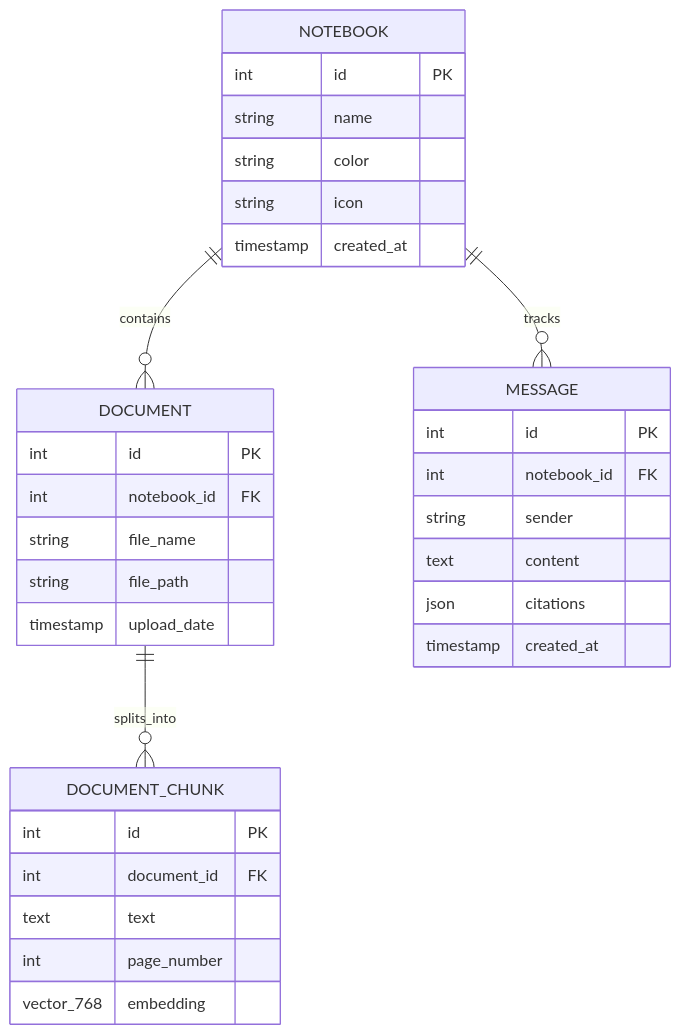
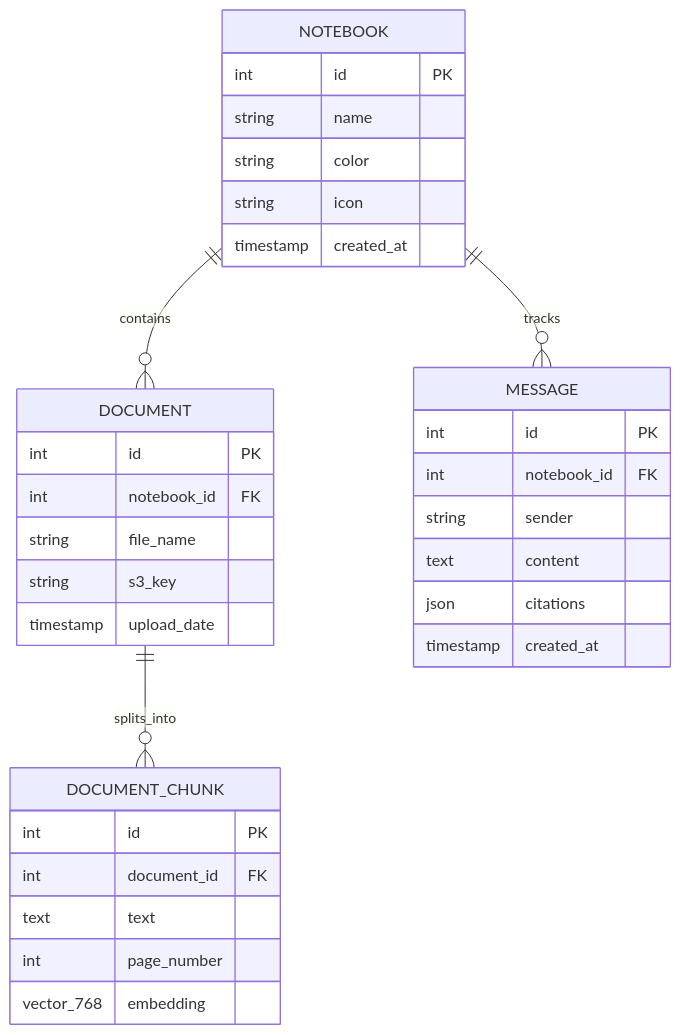
Before and after one commit to reganvannguyen/SourceLearn: the second of 2 diagrams in docs/architecture.md, drawn with Mermaid. The commit also changed other lines of this file and 16 other files, not shown here.

````diff
--- a/docs/architecture.md
+++ b/docs/architecture.md
@@ -69,39 +69,39 @@
 ```mermaid
 erDiagram
     NOTEBOOK ||--o{ DOCUMENT : contains
     NOTEBOOK ||--o{ MESSAGE : tracks
     DOCUMENT ||--o{ DOCUMENT_CHUNK : splits_into
 
     NOTEBOOK {
         int id PK
         string name
         string color
         string icon
         timestamp created_at
     }
 
     DOCUMENT {
         int id PK
         int notebook_id FK
         string file_name
-        string file_path
+        string s3_key
         timestamp upload_date
     }
 
     DOCUMENT_CHUNK {
         int id PK
         int document_id FK
         text text
         int page_number
         vector_768 embedding
     }
 
     MESSAGE {
         int id PK
         int notebook_id FK
         string sender
         text content
         json citations
         timestamp created_at
     }
 ```
````
